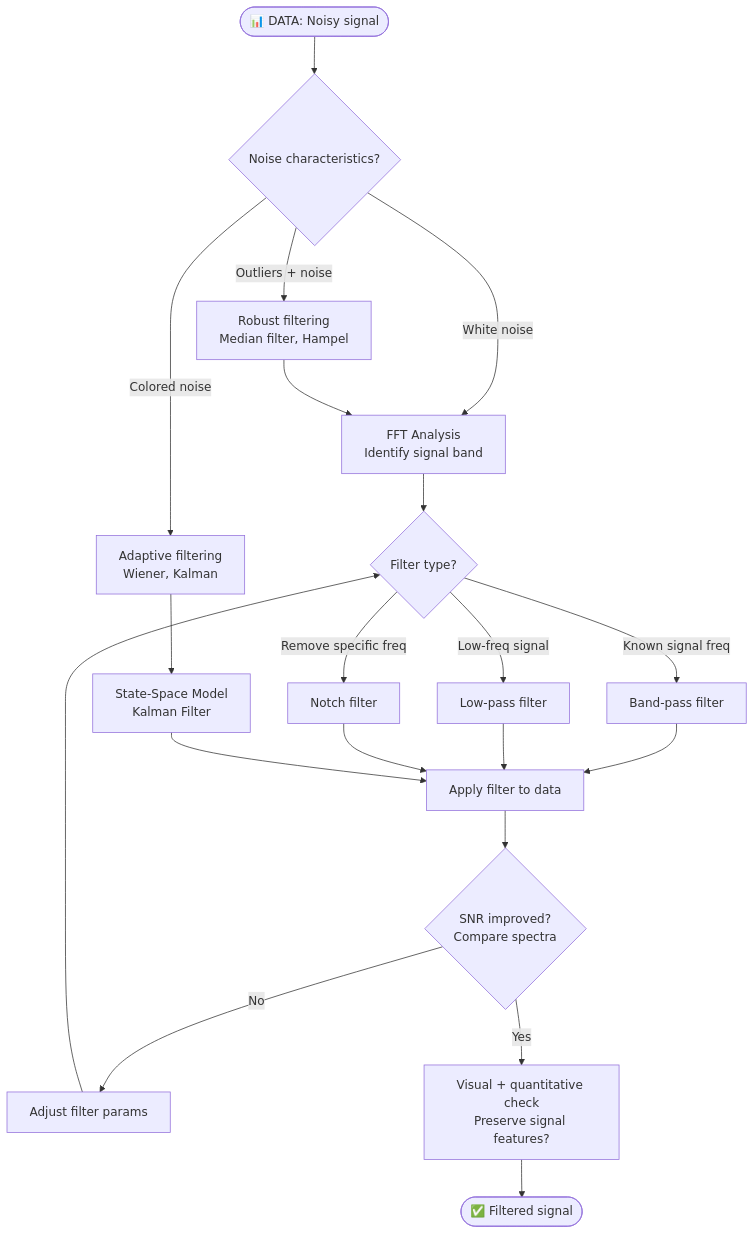
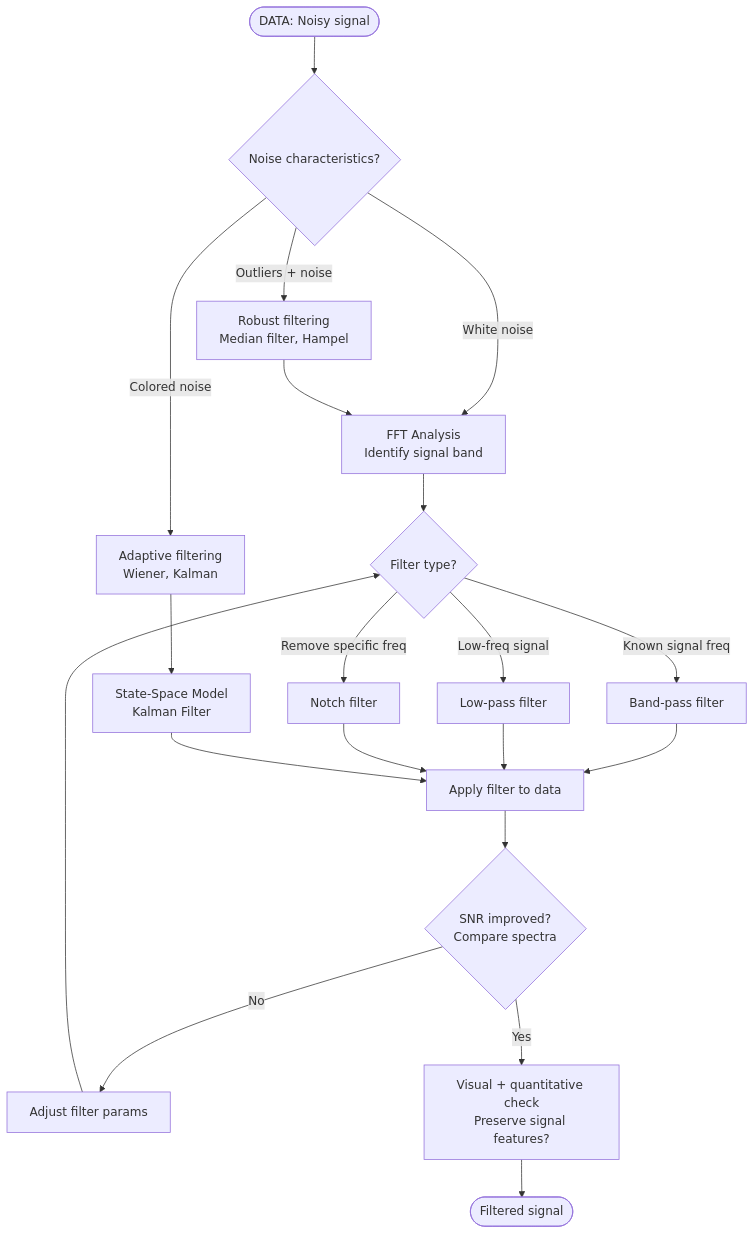
The third of 8 diagrams in docs/01-master-flowchart/02-purpose-workflow.md (Shuxin-Y/time-series-analysis-manual), drawn with Mermaid before and after one commit. The commit also changed other lines of this file and 3 other files, not shown here.

First line of the commit message:
Enable Mermaid rendering and remove all emojis from flowcharts

````diff
--- a/docs/01-master-flowchart/02-purpose-workflow.md
+++ b/docs/01-master-flowchart/02-purpose-workflow.md
@@ -195,44 +195,44 @@
 ```mermaid
 graph TD
-    START([📊 DATA: Noisy signal]) --> NOISE_TYPE
+    START([DATA: Noisy signal]) --> NOISE_TYPE
 
     NOISE_TYPE{Noise characteristics?}
     NOISE_TYPE -->|White noise| FREQ_FILTER
     NOISE_TYPE -->|Colored noise| ADAPT_FILTER
     NOISE_TYPE -->|Outliers + noise| ROBUST_FIRST
 
     ROBUST_FIRST[Robust filtering<br/>Median filter, Hampel]
     ROBUST_FIRST --> FREQ_FILTER
 
     FREQ_FILTER[FFT Analysis<br/>Identify signal band]
     FREQ_FILTER --> DESIGN_FILTER
 
     DESIGN_FILTER{Filter type?}
     DESIGN_FILTER -->|Known signal freq| BANDPASS[Band-pass filter]
     DESIGN_FILTER -->|Low-freq signal| LOWPASS[Low-pass filter]
     DESIGN_FILTER -->|Remove specific freq| NOTCH[Notch filter]
 
     BANDPASS --> APPLY_FILTER
     LOWPASS --> APPLY_FILTER
     NOTCH --> APPLY_FILTER
 
     ADAPT_FILTER[Adaptive filtering<br/>Wiener, Kalman]
     ADAPT_FILTER --> STATE_SPACE
 
     STATE_SPACE[State-Space Model<br/>Kalman Filter]
     STATE_SPACE --> APPLY_FILTER
 
     APPLY_FILTER[Apply filter to data]
     APPLY_FILTER --> CHECK_SNR
 
     CHECK_SNR{SNR improved?<br/>Compare spectra}
     CHECK_SNR -->|No| ADJUST[Adjust filter params]
     CHECK_SNR -->|Yes| VALIDATE
 
     ADJUST --> DESIGN_FILTER
 
     VALIDATE[Visual + quantitative check<br/>Preserve signal features?]
     VALIDATE --> DEPLOY_FILTER
 
-    DEPLOY_FILTER([✅ Filtered signal])
+    DEPLOY_FILTER([Filtered signal])
 ```
````
